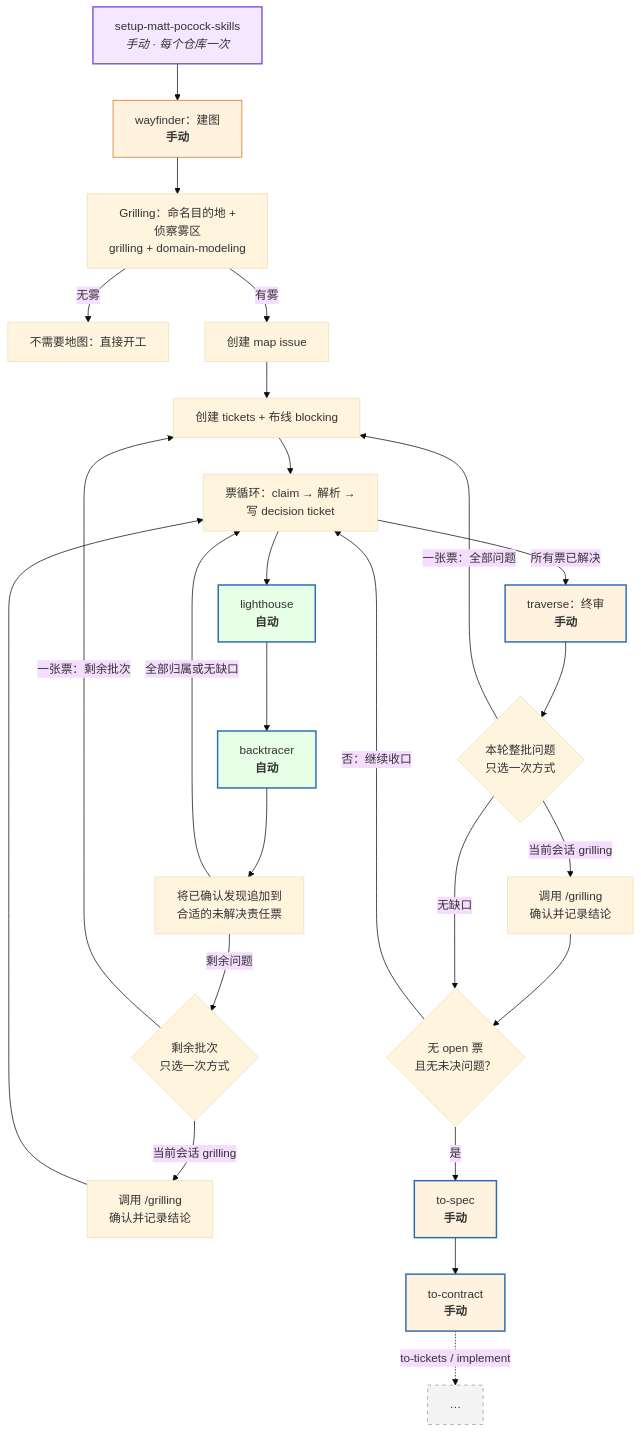
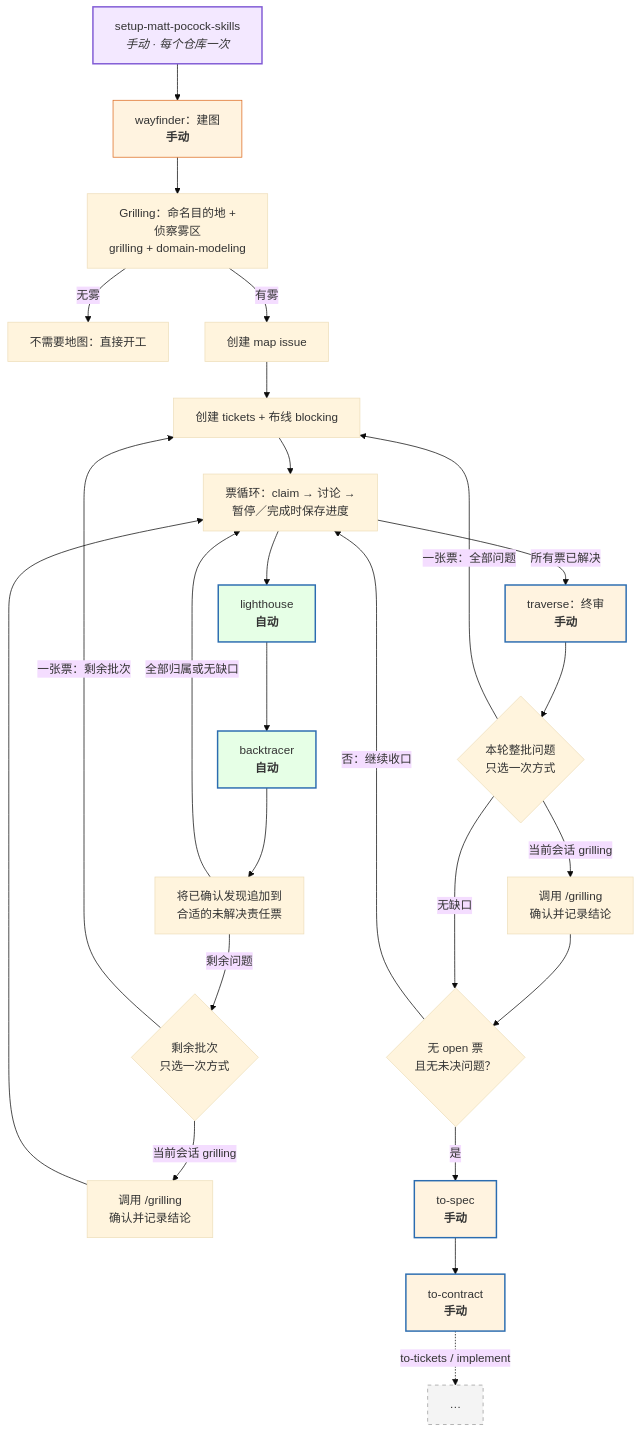
The first of 2 diagrams in README.cn.md (hugosol/oh-my-wayfinder), drawn with Mermaid (base theme) before and after one commit. The commit also changed other lines of this file and 8 other files, not shown here.

````diff
--- a/README.cn.md
+++ b/README.cn.md
@@ -65,36 +65,36 @@
 ```mermaid
 flowchart TD
     S["setup-matt-pocock-skills<br/><i>手动 · 每个仓库一次</i>"] --> W["wayfinder：建图<br/><b>手动</b>"]
     W --> G["Grilling：命名目的地 +<br/>侦察雾区<br/>grilling + domain-modeling"]
     G -->|"无雾"| N["不需要地图：直接开工"]
     G -->|"有雾"| M["创建 map issue"]
     M --> T["创建 tickets + 布线 blocking"]
-    T --> L["票循环：claim → 解析 →<br/>写 decision ticket"]
+    T --> L["票循环：claim → 讨论 →<br/>暂停／完成时保存进度"]
     L --> LH["lighthouse<br/><b>自动</b>"]
     LH --> BT["backtracer<br/><b>自动</b>"]
     BT --> OWN["将已确认发现追加到<br/>合适的未解决责任票"]
     OWN -->|"剩余问题"| CG{"剩余批次<br/>只选一次方式"}
     OWN -->|"全部归属或无缺口"| L
     CG -->|"一张票：剩余批次"| T
     CG -->|"当前会话 grilling"| BG["调用 /grilling<br/>确认并记录结论"]
     BG --> L
     L -->|"所有票已解决"| TR["traverse：终审<br/><b>手动</b>"]
     TR --> CG2{"本轮整批问题<br/>只选一次方式"}
     CG2 -->|"一张票：全部问题"| T
     CG2 -->|"当前会话 grilling"| TG["调用 /grilling<br/>确认并记录结论"]
     TG --> R{"无 open 票<br/>且无未决问题？"}
     R -->|"是"| TS["to-spec<br/><b>手动</b>"]
     R -->|"否：继续收口"| L
     CG2 -->|"无缺口"| R
     TS --> TC["to-contract<br/><b>手动</b>"]
     TC -.->|"to-tickets / implement"| X["…"]
 
     style LH fill:#e6ffe6,stroke:#2b6cb0,stroke-width:2px
     style BT fill:#e6ffe6,stroke:#2b6cb0,stroke-width:2px
     style TR fill:#fff3e0,stroke:#2b6cb0,stroke-width:2px
     style W fill:#fff3e0,stroke:#dd6b20
     style S fill:#f3e8ff,stroke:#805ad5,stroke-width:2px
     style TS fill:#fff3e0,stroke:#2b6cb0,stroke-width:2px
     style TC fill:#fff3e0,stroke:#2b6cb0,stroke-width:2px
     style X fill:#f4f4f4,stroke:#999,stroke-dasharray:5 5
 ```
````
